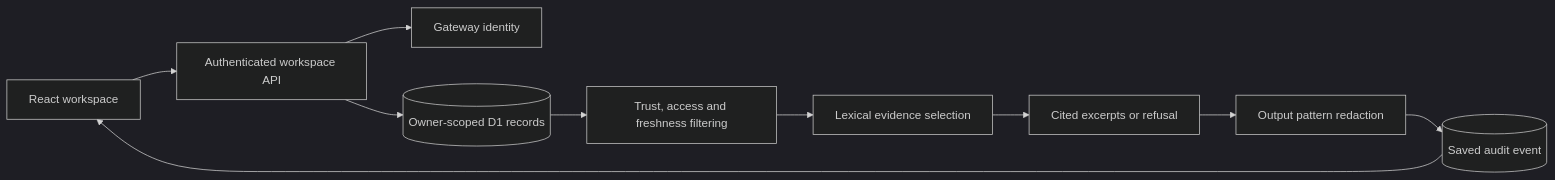
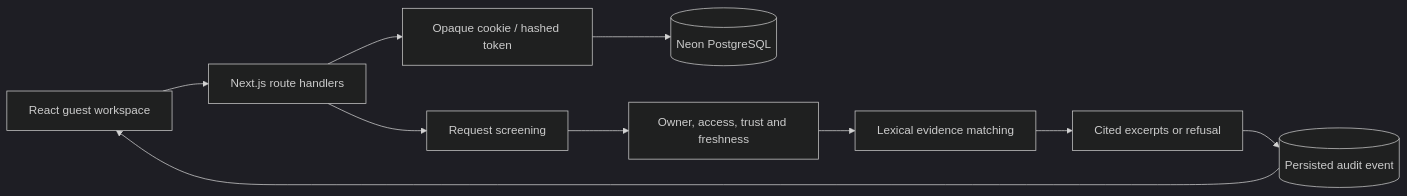
Before and after one commit to kdivyam07/veritas: the diagram in docs/architecture.md, drawn with Mermaid (dark theme). The commit also changed other lines of this file and 139 other files, not shown here.

````diff
--- a/docs/architecture.md
+++ b/docs/architecture.md
@@ -7,12 +5,12 @@
 ```mermaid
 flowchart LR
-  UI[React workspace] --> API[Authenticated workspace API]
-  API --> Identity[Gateway identity]
-  API --> DB[(Owner-scoped D1 records)]
-  DB --> Policy[Trust, access and freshness filtering]
-  Policy --> Match[Lexical evidence selection]
-  Match --> Decision[Cited excerpts or refusal]
-  Decision --> Redact[Output pattern redaction]
-  Redact --> Audit[(Saved audit event)]
-  Audit --> UI
+  Browser[React guest workspace] --> API[Next.js route handlers]
+  API --> Session[Opaque cookie / hashed token]
+  Session --> DB[(Neon PostgreSQL)]
+  API --> Screen[Request screening]
+  Screen --> Policy[Owner, access, trust and freshness]
+  Policy --> Engine[Lexical evidence matching]
+  Engine --> Result[Cited excerpts or refusal]
+  Result --> Audit[(Persisted audit event)]
+  Audit --> Browser
 ```
````
